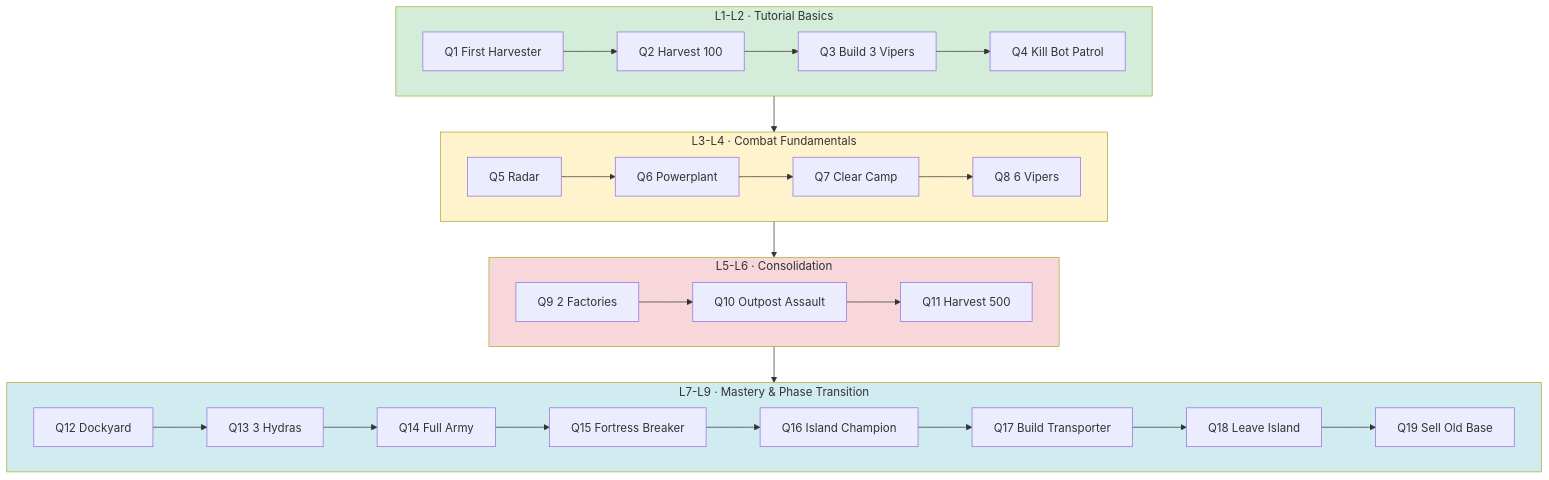
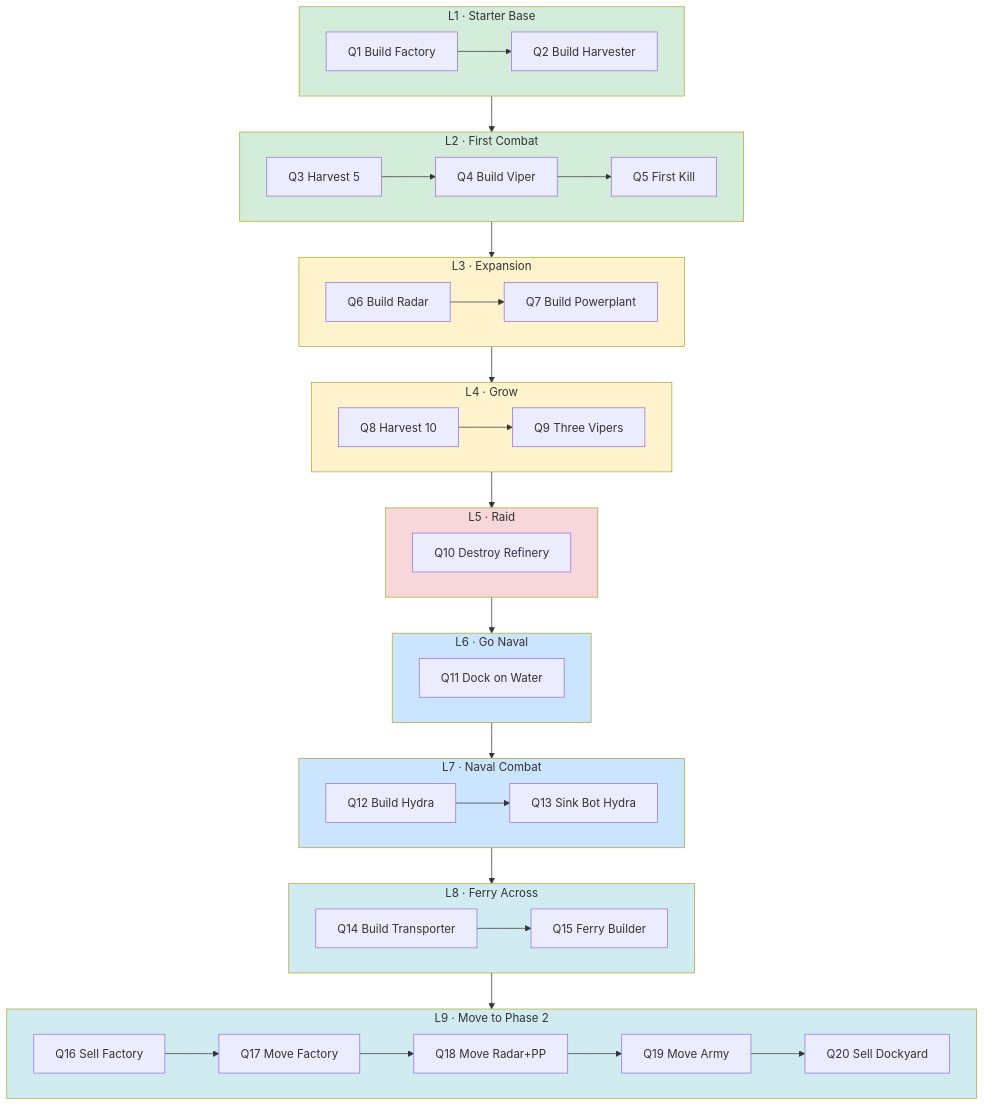
The fourth of 5 diagrams in docs/game-design/phase-1-plan.md (Razarion/razarion), drawn with Mermaid before and after one commit. The commit also changed other lines of this file and 16 other files, not shown here.

First line of the commit message:
Phase 1/2 design docs, bot near-center spawn, box region editor + L10 boxes

````diff
--- a/docs/game-design/phase-1-plan.md
+++ b/docs/game-design/phase-1-plan.md
@@ -284,35 +305,47 @@
 ```mermaid
 flowchart TB
-    subgraph Block1["L1-L2 · Tutorial Basics"]
+    subgraph L1["L1 · Starter Base"]
         direction LR
-        Q1[Q1 First Harvester] --> Q2[Q2 Harvest 100]
-        Q2 --> Q3[Q3 Build 3 Vipers]
-        Q3 --> Q4[Q4 Kill Bot Patrol]
+        Q1[Q1 Build Factory] --> Q2[Q2 Build Harvester]
     end
-    subgraph Block2["L3-L4 · Combat Fundamentals"]
+    subgraph L2["L2 · First Combat"]
         direction LR
-        Q5[Q5 Radar] --> Q6[Q6 Powerplant]
-        Q6 --> Q7[Q7 Clear Camp]
-        Q7 --> Q8[Q8 6 Vipers]
+        Q3[Q3 Harvest 5] --> Q4[Q4 Build Viper] --> Q5[Q5 First Kill]
     end
-    subgraph Block3["L5-L6 · Consolidation"]
+    subgraph L3["L3 · Expansion"]
         direction LR
-        Q9[Q9 2 Factories] --> Q10[Q10 Outpost Assault]
-        Q10 --> Q11[Q11 Harvest 500]
+        Q6[Q6 Build Radar] --> Q7[Q7 Build Powerplant]
     end
-    subgraph Block4["L7-L9 · Mastery & Phase Transition"]
+    subgraph L4["L4 · Grow"]
         direction LR
-        Q12[Q12 Dockyard] --> Q13[Q13 3 Hydras]
-        Q13 --> Q14[Q14 Full Army]
-        Q14 --> Q15[Q15 Fortress Breaker]
-        Q15 --> Q16[Q16 Island Champion]
-        Q16 --> Q17[Q17 Build Transporter]
-        Q17 --> Q18[Q18 Leave Island]
-        Q18 --> Q19[Q19 Sell Old Base]
+        Q8[Q8 Harvest 10] --> Q9[Q9 Three Vipers]
     end
-    Block1 --> Block2 --> Block3 --> Block4
-    style Block1 fill:#d4edda
-    style Block2 fill:#fff3cd
-    style Block3 fill:#f8d7da
-    style Block4 fill:#d1ecf1
+    subgraph L5["L5 · Raid"]
+        Q10[Q10 Destroy Refinery]
+    end
+    subgraph L6["L6 · Go Naval"]
+        Q11[Q11 Dock on Water]
+    end
+    subgraph L7["L7 · Naval Combat"]
+        direction LR
+        Q12[Q12 Build Hydra] --> Q13[Q13 Sink Bot Hydra]
+    end
+    subgraph L8["L8 · Ferry Across"]
+        direction LR
+        Q14[Q14 Build Transporter] --> Q15[Q15 Ferry Builder]
+    end
+    subgraph L9["L9 · Move to Phase 2"]
+        direction LR
+        Q16[Q16 Sell Factory] --> Q17[Q17 Move Factory] --> Q18[Q18 Move Radar+PP] --> Q19[Q19 Move Army] --> Q20[Q20 Sell Dockyard]
+    end
+    L1 --> L2 --> L3 --> L4 --> L5 --> L6 --> L7 --> L8 --> L9
+    style L1 fill:#d4edda
+    style L2 fill:#d4edda
+    style L3 fill:#fff3cd
+    style L4 fill:#fff3cd
+    style L5 fill:#f8d7da
+    style L6 fill:#cce5ff
+    style L7 fill:#cce5ff
+    style L8 fill:#d1ecf1
+    style L9 fill:#d1ecf1
 ```
````
